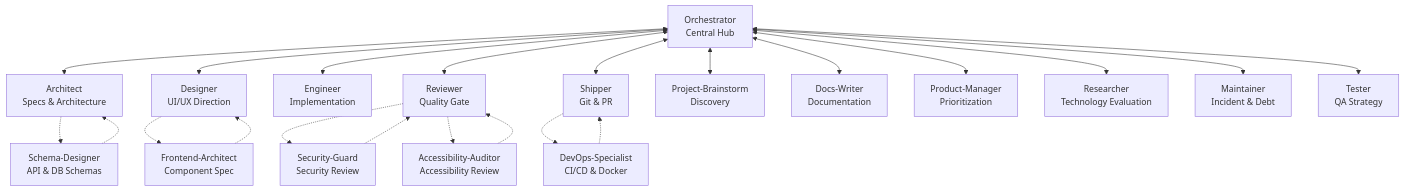
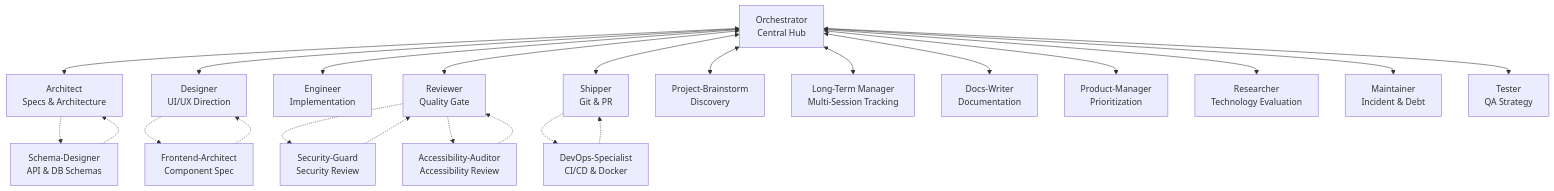
The diagram in README.md (leorsousa05/CrewLoop), drawn with Mermaid before and after one commit. The commit also changed other lines of this file and 23 other files, not shown here.

First line of the commit message:
Feat/long term manager skill (#55)

````diff
--- a/README.md
+++ b/README.md
@@ -81,26 +82,27 @@
 ```mermaid
 flowchart TD
     O["Orchestrator\nCentral Hub"] <--> A["Architect\nSpecs & Architecture"]
     O <--> D["Designer\nUI/UX Direction"]
     O <--> E["Engineer\nImplementation"]
     O <--> R["Reviewer\nQuality Gate"]
     O <--> S["Shipper\nGit & PR"]
     O <--> PB["Project-Brainstorm\nDiscovery"]
+    O <--> LTM["Long-Term Manager\nMulti-Session Tracking"]
     O <--> W["Docs-Writer\nDocumentation"]
     O <--> PM["Product-Manager\nPrioritization"]
     O <--> RS["Researcher\nTechnology Evaluation"]
     O <--> MN["Maintainer\nIncident & Debt"]
     O <--> T["Tester\nQA Strategy"]
 
     A -.-> SD["Schema-Designer\nAPI & DB Schemas"]
     SD -.-> A
     D -.-> FA["Frontend-Architect\nComponent Spec"]
     FA -.-> D
     S -.-> DO["DevOps-Specialist\nCI/CD & Docker"]
     DO -.-> S
 
     SG["Security-Guard\nSecurity Review"] -.-> R
     AA["Accessibility-Auditor\nAccessibility Review"] -.-> R
     R -.-> SG
     R -.-> AA
 ```
````
